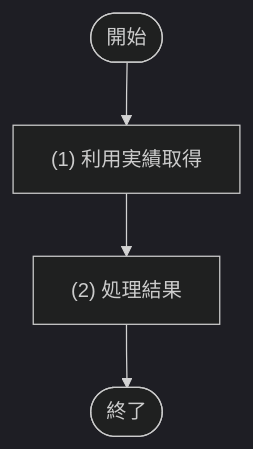
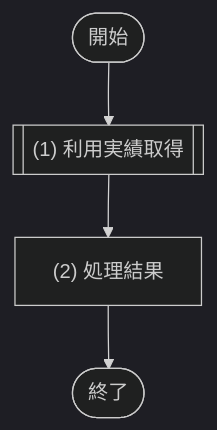
One commit to sikakou54/system-document-template changed the second of 3 diagrams in docs/03_機能設計/05_モジュール設計/MOD-005_利用実績サービス.md. Above: the diagram before and after it, drawn with Mermaid (dark theme). The commit also changed other lines of this file and 28 other files, not shown here.

````diff
--- a/docs/03_機能設計/05_モジュール設計/MOD-005_利用実績サービス.md
+++ b/docs/03_機能設計/05_モジュール設計/MOD-005_利用実績サービス.md
@@ -130,9 +130,9 @@
 ```mermaid
 flowchart TD
   Start([開始])
-  P1["(1) 利用実績取得"]
+  P1[["(1) 利用実績取得"]]
   P2["(2) 処理結果"]
   End([終了])
 
   Start --> P1 --> P2 --> End
 ```
````
